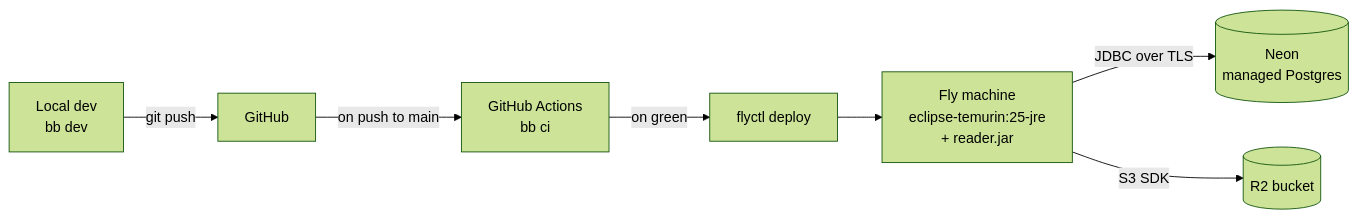
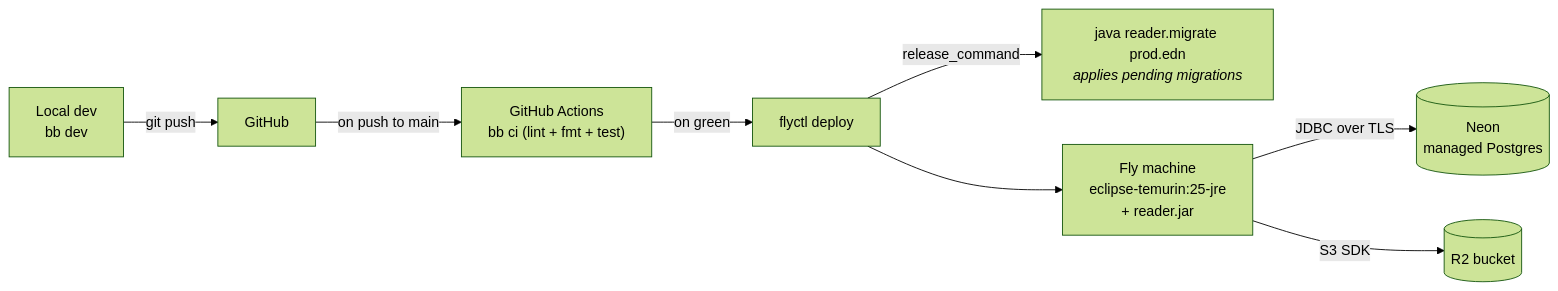
The fourth of 4 diagrams in docs/architecture.md (kirahowe/reader), drawn with Mermaid (forest theme) before and after one commit. The commit also changed other lines of this file, not shown here.

First line of the commit message:
Refresh architecture.md to match the shipped app

````diff
--- a/docs/architecture.md
+++ b/docs/architecture.md
@@ -176,9 +228,10 @@
 ```mermaid
 flowchart LR
   dev["Local dev<br/>bb dev"] -->|git push| gh["GitHub"]
-  gh -->|on push to main| ga["GitHub Actions<br/>bb ci"]
+  gh -->|on push to main| ga["GitHub Actions<br/>bb ci (lint + fmt + test)"]
   ga -->|on green| fly["flyctl deploy"]
+  fly -->|release_command| mig["java reader.migrate prod.edn<br/><i>applies pending migrations</i>"]
   fly --> machine["Fly machine<br/>eclipse-temurin:25-jre<br/>+ reader.jar"]
   machine -->|JDBC over TLS| neon[("Neon<br/>managed Postgres")]
   machine -->|S3 SDK| r2[("R2 bucket")]
 ```
````
